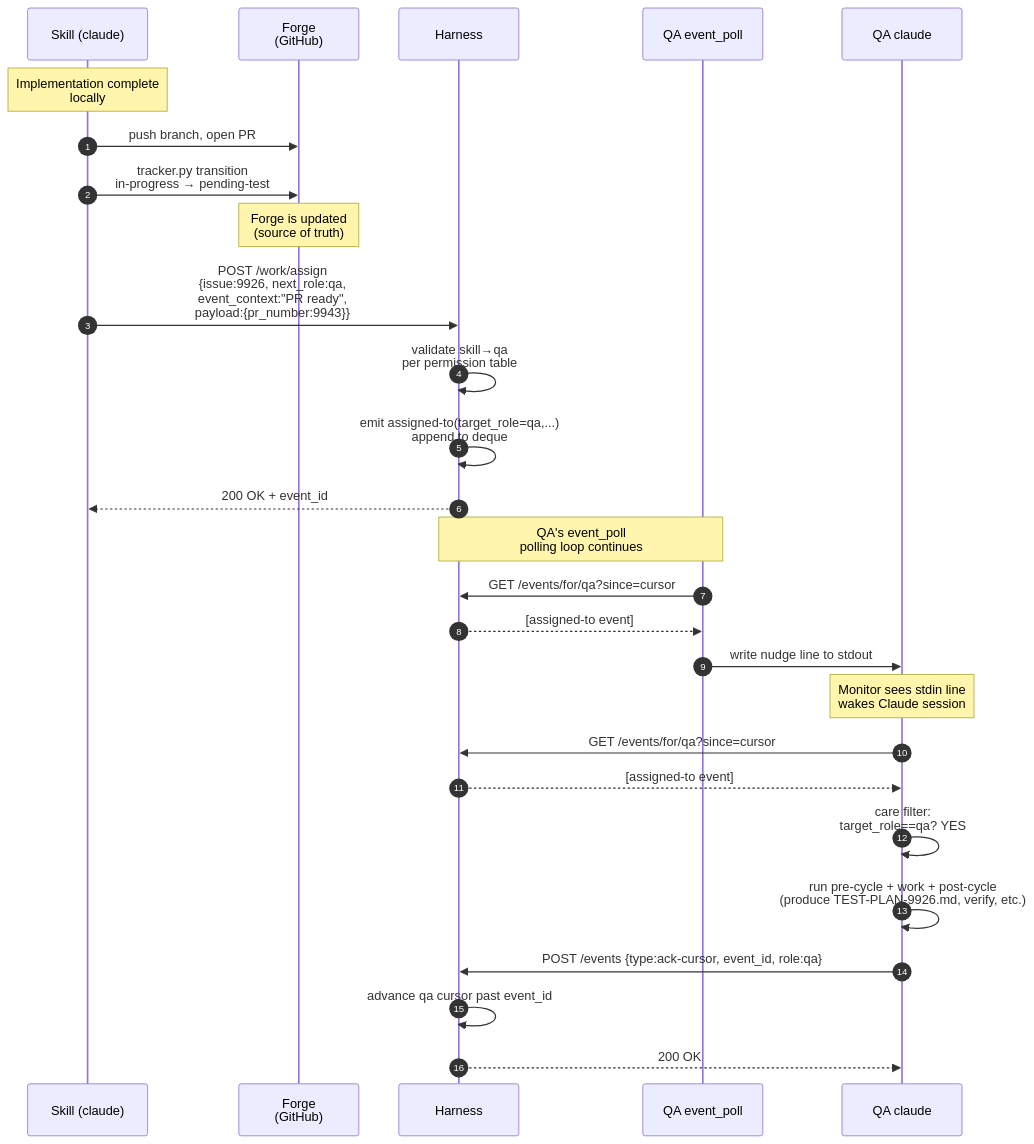
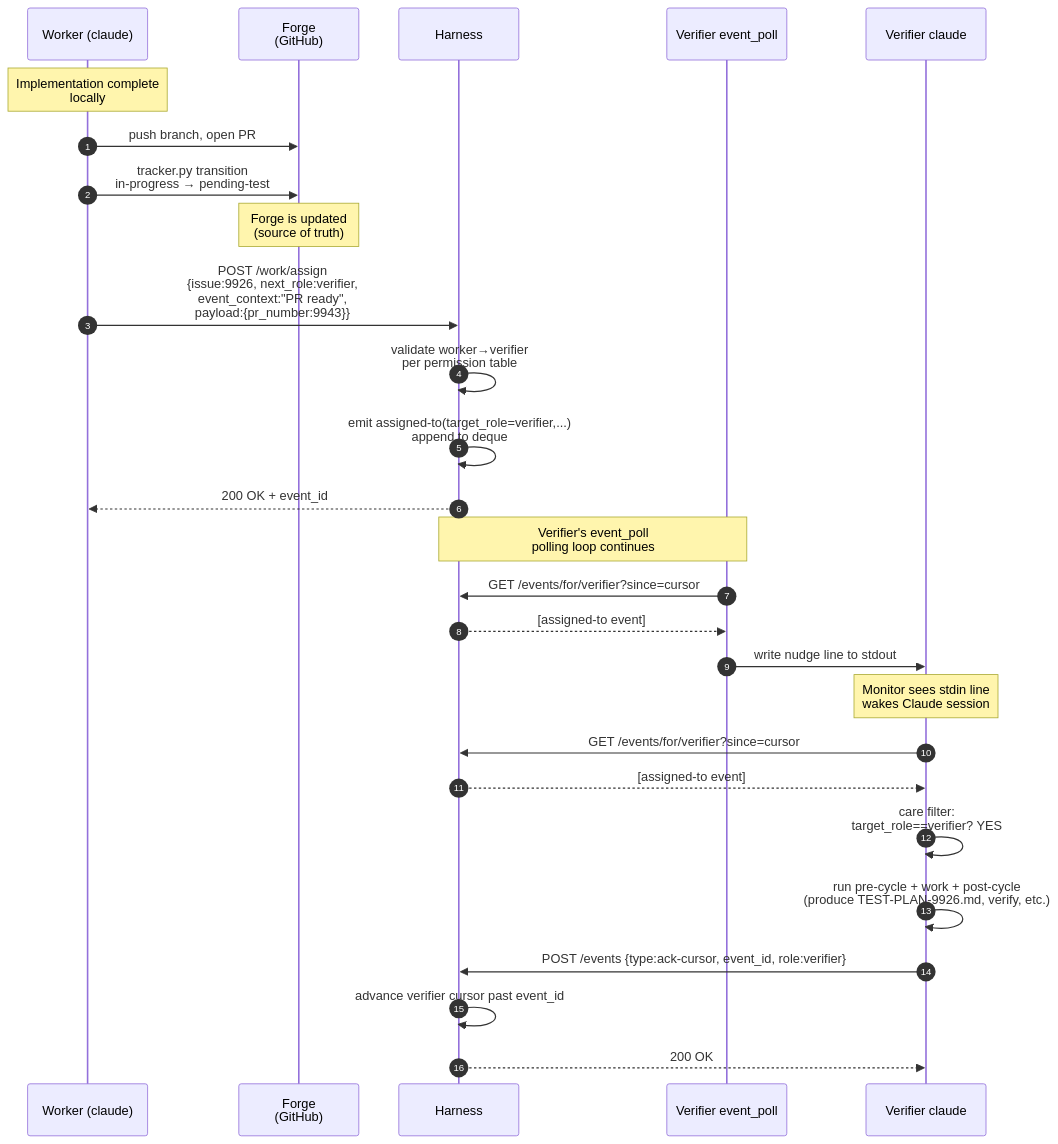
Before and after one commit to WallyDoodlez/SquidSquad: the seventh of 10 diagrams in docs/EVENT-ARCHITECTURE.md, drawn with Mermaid. The commit also changed other lines of this file, not shown here.

First line of the commit message:
docs: event-arch v2 — terminology pass to L2 categorical role names

````diff
--- a/docs/EVENT-ARCHITECTURE.md
+++ b/docs/EVENT-ARCHITECTURE.md
@@ -436,34 +449,34 @@
 ```mermaid
 sequenceDiagram
     autonumber
-    participant SK as Skill (claude)
+    participant W as Worker (claude)
     participant F as Forge<br/>(GitHub)
     participant H as Harness
-    participant Q as QA event_poll
-    participant QC as QA claude
+    participant VEP as Verifier event_poll
+    participant VC as Verifier claude
 
-    Note over SK: Implementation complete<br/>locally
-    SK->>F: push branch, open PR #9943
-    SK->>F: tracker.py transition<br/>in-progress → pending-test
+    Note over W: Implementation complete<br/>locally
+    W->>F: push branch, open PR #9943
+    W->>F: tracker.py transition<br/>in-progress → pending-test
     Note over F: Forge is updated<br/>(source of truth)
 
-    SK->>H: POST /work/assign<br/>{issue:9926, next_role:qa,<br/>event_context:"PR ready",<br/>payload:{pr_number:9943}}
-    H->>H: validate skill→qa<br/>per permission table
-    H->>H: emit assigned-to(target_role=qa,...)<br/>append to deque
-    H-->>SK: 200 OK + event_id
+    W->>H: POST /work/assign<br/>{issue:9926, next_role:verifier,<br/>event_context:"PR ready",<br/>payload:{pr_number:9943}}
+    H->>H: validate worker→verifier<br/>per permission table
+    H->>H: emit assigned-to(target_role=verifier,...)<br/>append to deque
+    H-->>W: 200 OK + event_id
 
-    Note over H,Q: QA's event_poll<br/>polling loop continues
+    Note over H,VEP: Verifier's event_poll<br/>polling loop continues
 
-    Q->>H: GET /events/for/qa?since=cursor
-    H-->>Q: [assigned-to event]
-    Q->>QC: write nudge line to stdout
-    Note over QC: Monitor sees stdin line<br/>wakes Claude session
+    VEP->>H: GET /events/for/verifier?since=cursor
+    H-->>VEP: [assigned-to event]
+    VEP->>VC: write nudge line to stdout
+    Note over VC: Monitor sees stdin line<br/>wakes Claude session
 
-    QC->>H: GET /events/for/qa?since=cursor
-    H-->>QC: [assigned-to event]
-    QC->>QC: care filter:<br/>target_role==qa? YES
-    QC->>QC: run pre-cycle + work + post-cycle<br/>(produce TEST-PLAN-9926.md, verify, etc.)
-    QC->>H: POST /events {type:ack-cursor, event_id, role:qa}
-    H->>H: advance qa cursor past event_id
-    H-->>QC: 200 OK
+    VC->>H: GET /events/for/verifier?since=cursor
+    H-->>VC: [assigned-to event]
+    VC->>VC: care filter:<br/>target_role==verifier? YES
+    VC->>VC: run pre-cycle + work + post-cycle<br/>(produce TEST-PLAN-9926.md, verify, etc.)
+    VC->>H: POST /events {type:ack-cursor, event_id, role:verifier}
+    H->>H: advance verifier cursor past event_id
+    H-->>VC: 200 OK
 ```
````
